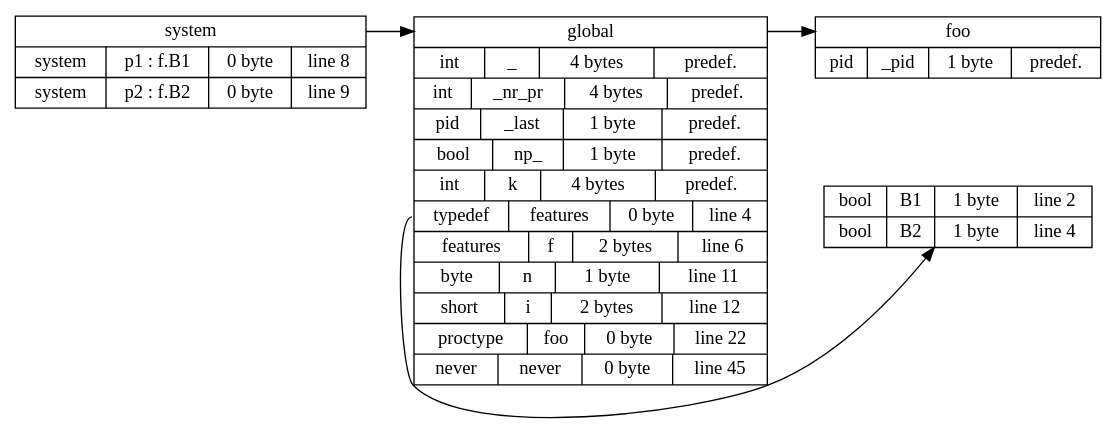
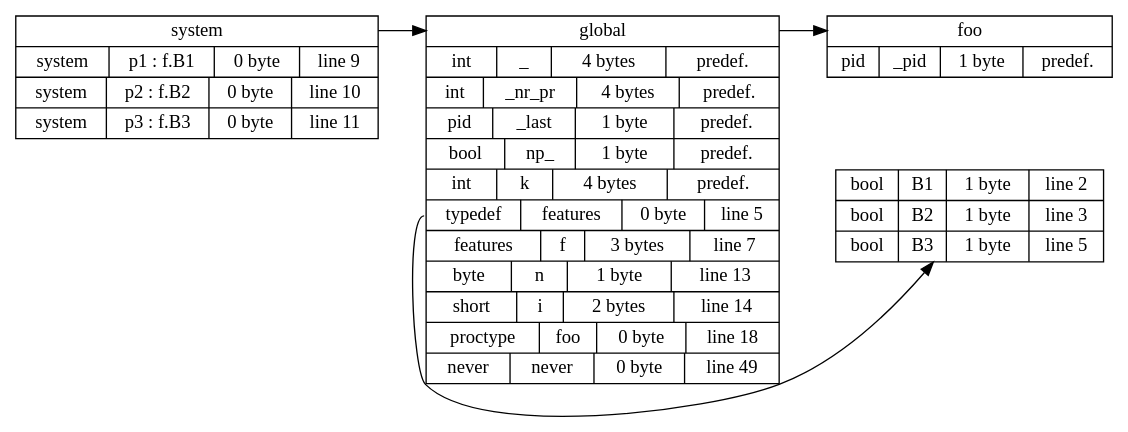
One commit to samilazregsuidi/Daedalux changed the diagram in sym_table_graphviz.dot. Above: the diagram before and after it, drawn with Graphviz. The commit also changed 39 other files, not shown here.

```diff
--- a/sym_table_graphviz.dot
+++ b/sym_table_graphviz.dot
@@ -1,20 +1,20 @@
 digraph symbol_table {
 	 rankdir = LR
-	system[ shape = record, label = "<f0> system | { <94621325648176> system|p1 : f.B1| 0 byte | line 8 } | { <94621325649504> system|p2 : f.B2| 0 byte | line 9 }"]
+	system[ shape = record, label = "<f0> system | { <93824994280640> system|p1 : f.B1| 0 byte | line 9 } | { <93824994281936> system|p2 : f.B2| 0 byte | line 10 } | { <93824994283200> system|p3 : f.B3| 0 byte | line 11 }"]
 
-	global[ shape = record, label = "<f0> global | { <94621325607472> int|_| 4 bytes | predef. } | { <94621325607744> int|_nr_pr| 4 bytes | predef. } | { <94621325607904> pid|_last| 1 byte | predef. } | { <94621325608064> bool|np_| 1 byte | predef. } | { <94621325641504> int|k| 4 bytes | predef. } | { <94621325646240> typedef|features| 0 byte | line 4 } | { <94621325646832> features|f| 2 bytes | line 6 } | { <94621325649872> byte|n| 1 byte | line 11 } | { <94621325650272> short|i| 2 bytes | line 12 } | { <94621325691632> proctype|foo| 0 byte | line 22 } | { <94621325720288> never|never| 0 byte | line 45 }"]
+	global[ shape = record, label = "<f0> global | { <93824994272992> int|_| 4 bytes | predef. } | { <93824994273264> int|_nr_pr| 4 bytes | predef. } | { <93824994273424> pid|_last| 1 byte | predef. } | { <93824994273584> bool|np_| 1 byte | predef. } | { <93824994273744> int|k| 4 bytes | predef. } | { <93824994278704> typedef|features| 0 byte | line 5 } | { <93824994279296> features|f| 3 bytes | line 7 } | { <93824994283568> byte|n| 1 byte | line 13 } | { <93824994283936> short|i| 2 bytes | line 14 } | { <93824994334144> proctype|foo| 0 byte | line 18 } | { <93824994365968> never|never| 0 byte | line 49 }"]
 
-	foo[ shape = record, label = "<f0> foo | { <94621325650944> pid|_pid| 1 byte | predef. }"]
+	foo[ shape = record, label = "<f0> foo | { <93824994284608> pid|_pid| 1 byte | predef. }"]
 
 
 	global:f0 -> foo:f0
 
-	features[ shape = record, label = "{ <94621325645888> bool|B1| 1 byte | line 2 } | { <94621325646080> bool|B2| 1 byte | line 4 }"]
+	features[ shape = record, label = "{ <93824994278160> bool|B1| 1 byte | line 2 } | { <93824994278352> bool|B2| 1 byte | line 3 } | { <93824994278544> bool|B3| 1 byte | line 5 }"]
 
-	global:94621325646240 -> features
+	global:93824994278704 -> features
 
 
 	system:f0 -> global:f0
 
 
 }
```
